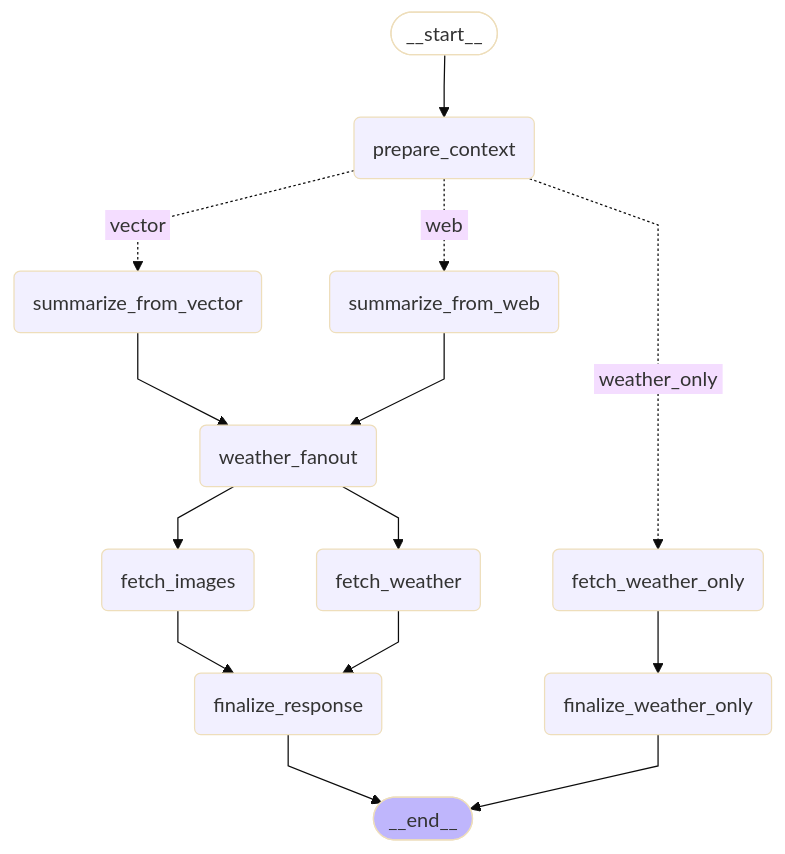
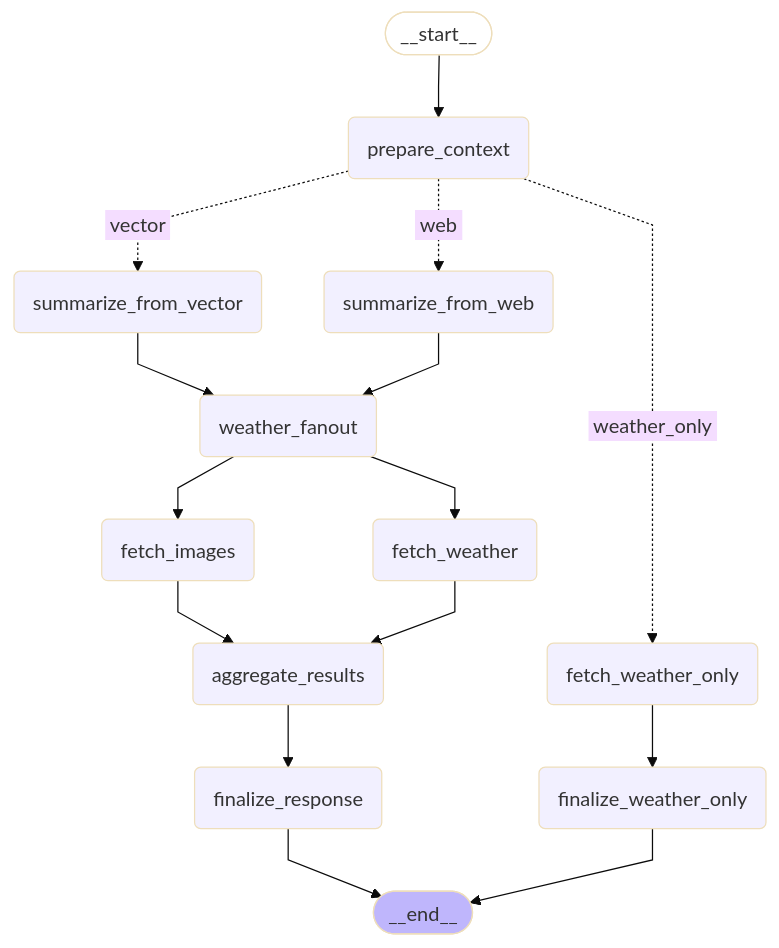
The diagram in graph.mmd (dhanasai2/multi-modal-agentic-travel-assistant), drawn with Mermaid (base theme) before and after one commit. The commit also changed 3 other files, not shown here.

```diff
--- a/graph.mmd
+++ b/graph.mmd
@@ -1,33 +1,35 @@
 ---
 config:
   flowchart:
     curve: linear
 ---
 graph TD;
 	__start__([<p>__start__</p>]):::first
 	prepare_context(prepare_context)
 	summarize_from_vector(summarize_from_vector)
 	summarize_from_web(summarize_from_web)
 	weather_fanout(weather_fanout)
 	fetch_weather(fetch_weather)
 	fetch_weather_only(fetch_weather_only)
 	fetch_images(fetch_images)
+	aggregate_results(aggregate_results)
 	finalize_response(finalize_response)
 	finalize_weather_only(finalize_weather_only)
 	__end__([<p>__end__</p>]):::last
 	__start__ --> prepare_context;
-	fetch_images --> finalize_response;
-	fetch_weather --> finalize_response;
+	aggregate_results --> finalize_response;
+	fetch_images --> aggregate_results;
+	fetch_weather --> aggregate_results;
 	fetch_weather_only --> finalize_weather_only;
 	prepare_context -. &nbsp;weather_only&nbsp; .-> fetch_weather_only;
 	prepare_context -. &nbsp;vector&nbsp; .-> summarize_from_vector;
 	prepare_context -. &nbsp;web&nbsp; .-> summarize_from_web;
 	summarize_from_vector --> weather_fanout;
 	summarize_from_web --> weather_fanout;
 	weather_fanout --> fetch_images;
 	weather_fanout --> fetch_weather;
 	finalize_response --> __end__;
 	finalize_weather_only --> __end__;
 	classDef default fill:#f2f0ff,line-height:1.2
 	classDef first fill-opacity:0
 	classDef last fill:#bfb6fc
```
